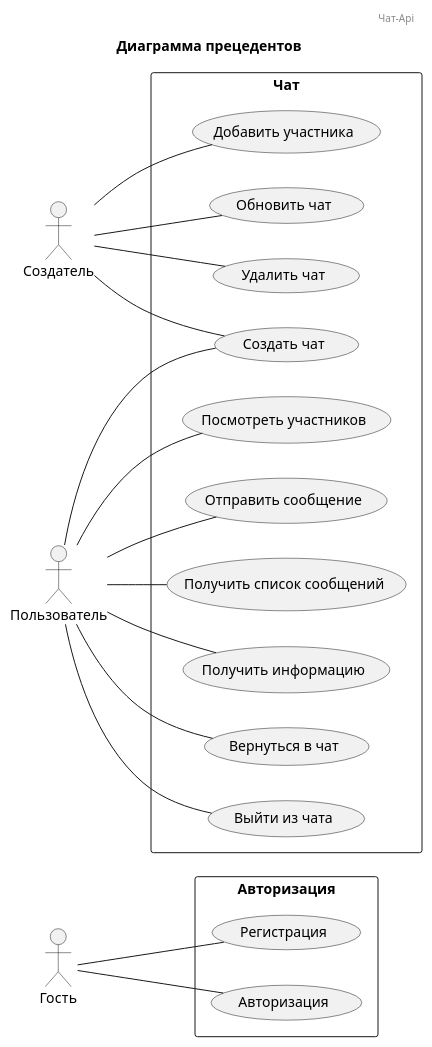
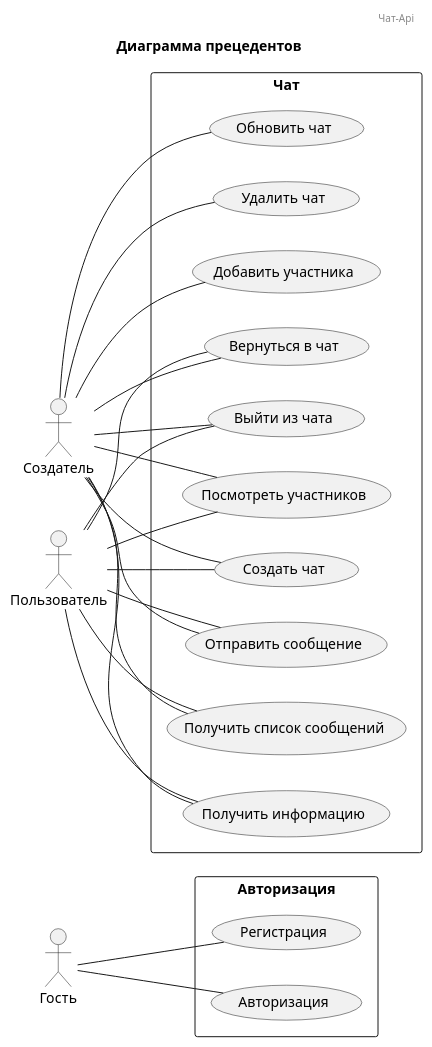
The diagram in docs/precedents.puml (ilyenkod/First_Project), drawn with PlantUML before and after one commit. The commit also changed 1 other file, not shown here.

```diff
--- a/docs/precedents.puml
+++ b/docs/precedents.puml
@@ -1,48 +1,54 @@
 @startuml
 
 header Чат-Api
 title Диаграмма прецедентов
 
 left to right direction
 
 rectangle "Чат"{
     usecase "Создать чат" as create_chat
     usecase "Обновить чат" as update_chat
     usecase "Удалить чат" as delete_chat
     usecase "Получить информацию" as chat_information
     usecase "Вернуться в чат" as return_chat
     usecase "Выйти из чата" as leave_chat
     usecase "Посмотреть участников" as see_users
     usecase "Отправить сообщение" as send_message
     usecase "Получить список сообщений" as list_messages
     usecase "Добавить участника" as add_user
 }
 
 rectangle "Авторизация" {
     usecase "Регистрация" as registration
     usecase "Авторизация" as authorization
 }
 
 actor "Гость" as guest
 actor "Создатель" as creator
 actor "Пользователь" as user
 
 guest -- registration
 guest -- authorization
 
 user -- create_chat
 user -- chat_information
 user -- see_users
 user -- return_chat
 user -- leave_chat
 user -- send_message
 user -- list_messages
 
 creator -- create_chat
 creator -- update_chat
 creator -- delete_chat
 creator -- add_user
 
+creator -- chat_information
+creator -- see_users
+creator -- return_chat
+creator -- leave_chat
+creator -- send_message
+creator -- list_messages
 
 
 @enduml
```
